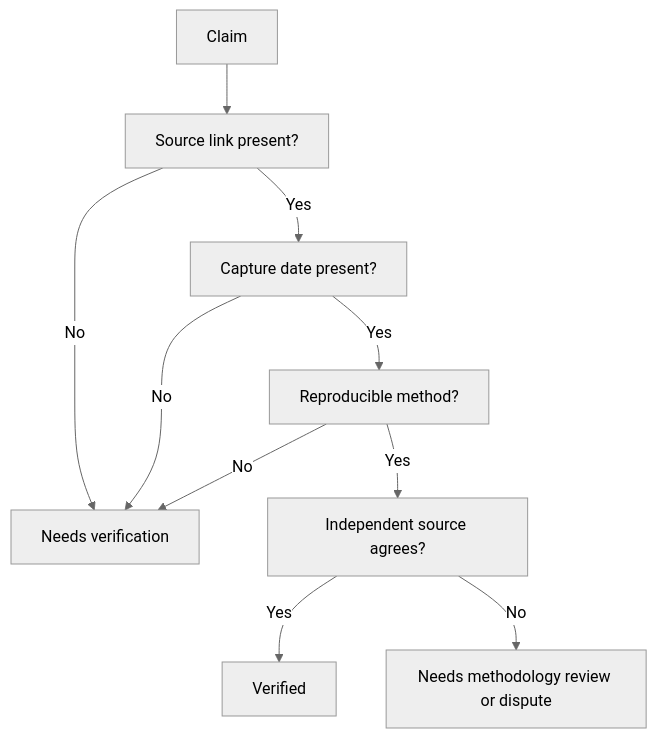
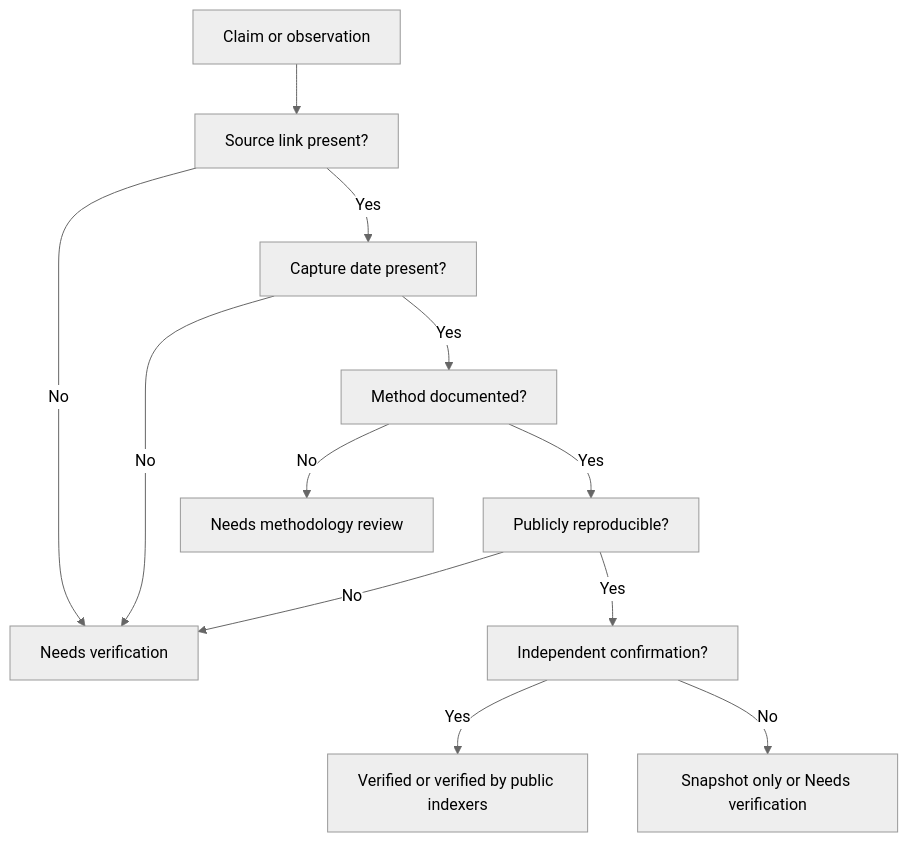
The second of 2 diagrams in WHITEPAPER.md (testedprofit/pnet-asset-dossier), drawn with Mermaid (neutral theme) before and after one commit. The commit also changed other lines of this file and 66 other files, not shown here.

````diff
--- a/WHITEPAPER.md
+++ b/WHITEPAPER.md
@@ -404,12 +272,14 @@
 ```mermaid
 flowchart TD
-    C["Claim"] --> S["Source link present?"]
-    S -->|No| NV["Needs verification"]
-    S -->|Yes| D["Capture date present?"]
-    D -->|No| NV
-    D -->|Yes| R["Reproducible method?"]
-    R -->|No| NV
-    R -->|Yes| X["Independent source agrees?"]
-    X -->|Yes| V["Verified"]
-    X -->|No| M["Needs methodology review or dispute"]
+    Claim["Claim or observation"] --> Source["Source link present?"]
+    Source -->|No| NV["Needs verification"]
+    Source -->|Yes| Date["Capture date present?"]
+    Date -->|No| NV
+    Date -->|Yes| Method["Method documented?"]
+    Method -->|No| MR["Needs methodology review"]
+    Method -->|Yes| Public["Publicly reproducible?"]
+    Public -->|No| NV
+    Public -->|Yes| Confirm["Independent confirmation?"]
+    Confirm -->|Yes| Verified["Verified or verified by public indexers"]
+    Confirm -->|No| Snapshot["Snapshot only or Needs verification"]
 ```
````
